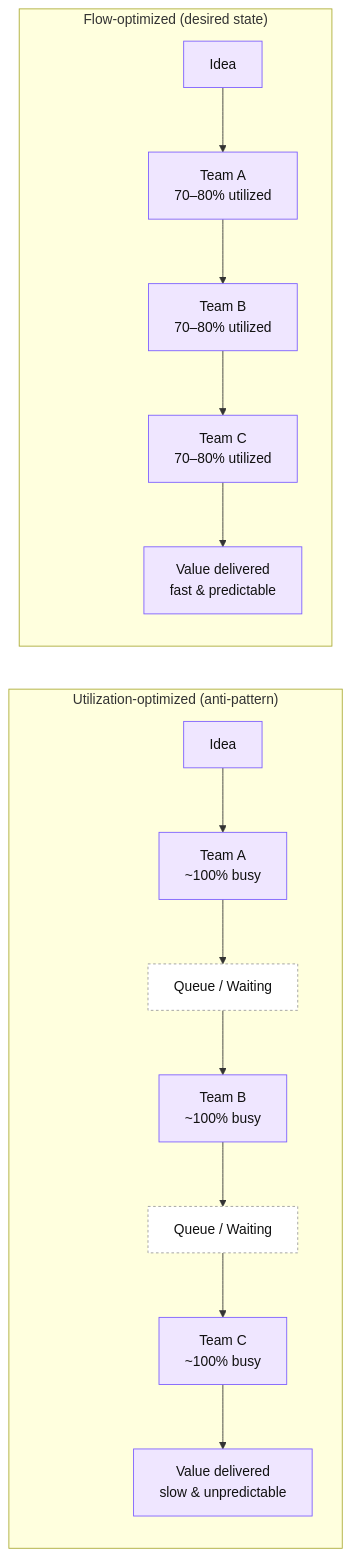
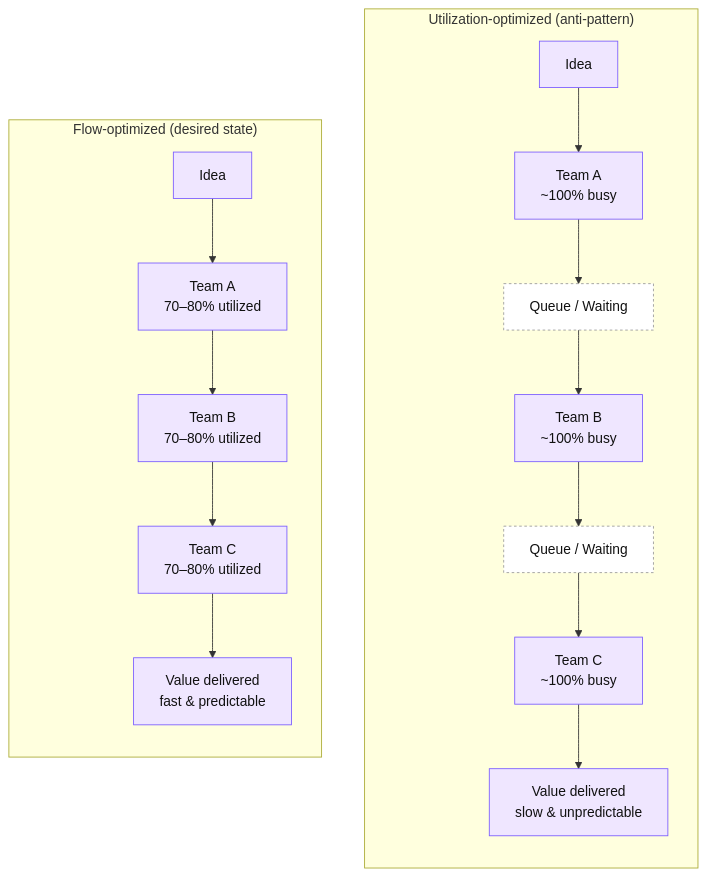
One commit to awsvkvims/engineering-productivity-metrics changed the diagram in 01-principles/optimize-for-flow-not-utilization.md. Above: the diagram before and after it, drawn with Mermaid.

````diff
--- a/01-principles/optimize-for-flow-not-utilization.md
+++ b/01-principles/optimize-for-flow-not-utilization.md
@@ -17,32 +17,32 @@
 ```mermaid
-flowchart LR
+flowchart TB
 
 %% Make the two subgraphs sit side-by-side
 %% Each subgraph uses TB so the steps inside flow top-to-bottom
 
 classDef box fill:#efe6ff,stroke:#7a5cff,stroke-width:1px,color:#111;
 classDef note fill:#fff,stroke:#999,stroke-dasharray:3 3,color:#111;
 classDef spacer fill:transparent,stroke:transparent,color:transparent;
 
 subgraph U["Utilization-optimized (anti-pattern)"]
 direction TB
 Usp[" "]:::spacer
 
 U0[Idea]:::box --> U1[Team A<br/>~100% busy]:::box
 U1 --> Uq1[Queue / Waiting]:::note
 Uq1 --> U2[Team B<br/>~100% busy]:::box
 U2 --> Uq2[Queue / Waiting]:::note
 Uq2 --> U3[Team C<br/>~100% busy]:::box
 U3 --> U4[Value delivered<br/>slow & unpredictable]:::box
 end
 
 subgraph F["Flow-optimized (desired state)"]
 direction TB
 Fsp[" "]:::spacer
 
 F0[Idea]:::box --> F1[Team A<br/>70–80% utilized]:::box
 F1 --> F2[Team B<br/>70–80% utilized]:::box
 F2 --> F3[Team C<br/>70–80% utilized]:::box
 F3 --> F4[Value delivered<br/>fast & predictable]:::box
 end
 ```  
````
